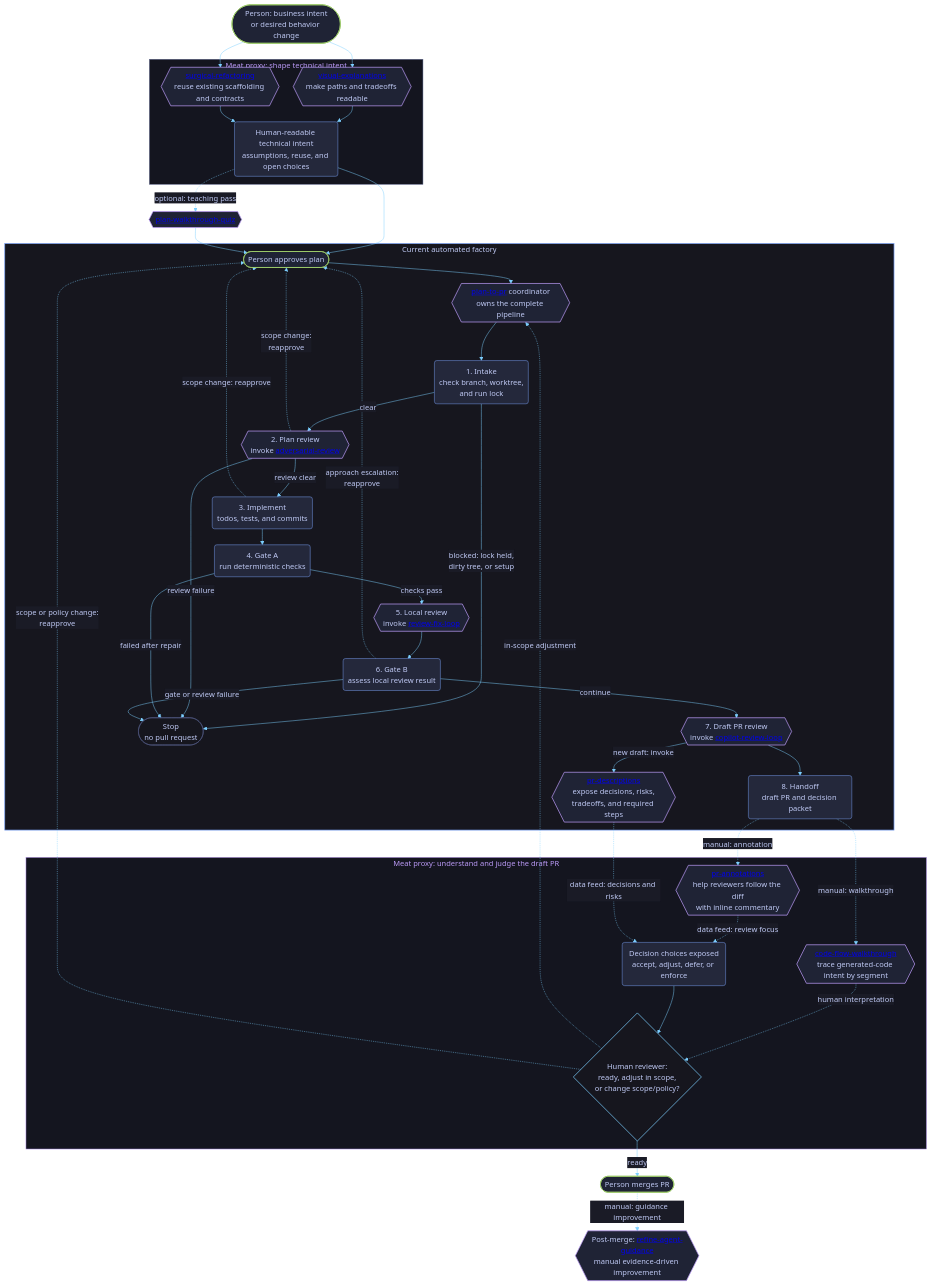
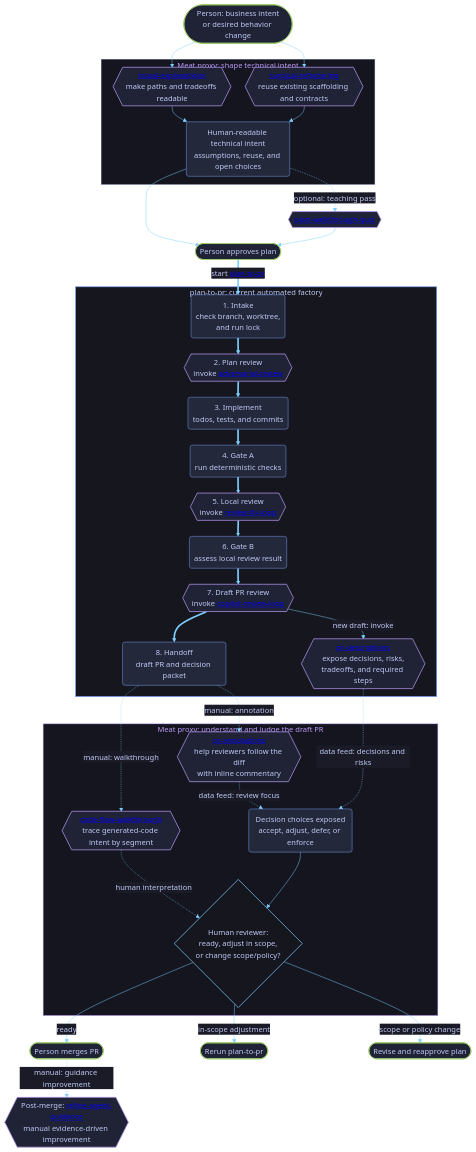
One commit to dvo-dev/copilot-guidance changed the diagram in docs/skill-workflows.md. Above: the diagram before and after it, drawn with Mermaid. The commit also changed other lines of this file, not shown here.

Commit message:
Center plan-to-pr spine in code factory diagram
Make the factory box itself plan-to-pr and draw phases 1 to 8 as one
thick vertical spine under plan approval. Remove the stop node and
the long reapproval back edges that pulled approval into the factory
box. Show reviewer outcomes as end nodes, and describe the stop path
in prose under the diagram.

```diff
--- a/docs/skill-workflows.md
+++ b/docs/skill-workflows.md
@@ -44,8 +44,7 @@
     TECH --> APPROVE(["Person approves plan"])
     WALK --> APPROVE
 
-    subgraph FACTORY["Current automated factory"]
-        PLAN{{"<a href='https://github.com/dvo-dev/copilot-guidance/blob/main/skills/plan-to-pr/SKILL.md'>plan-to-pr</a> coordinator<br/>owns the complete pipeline"}}
+    subgraph FACTORY["plan-to-pr: current automated factory"]
         INTAKE("1. Intake<br/>check branch, worktree,<br/>and run lock")
         REVIEW{{"2. Plan review<br/>invoke <a href='https://github.com/dvo-dev/copilot-guidance/blob/main/docs/skill-workflows/adversarial-review.md'>adversarial-review</a>"}}
         BUILD("3. Implement<br/>todos, tests, and commits")
@@ -54,26 +53,13 @@
         GATEB("6. Gate B<br/>assess local review result")
         PR{{"7. Draft PR review<br/>invoke <a href='https://github.com/dvo-dev/copilot-guidance/blob/main/docs/skill-workflows/copilot-review-loop.md'>copilot-review-loop</a>"}}
         DESC{{"<a href='https://github.com/dvo-dev/copilot-guidance/blob/main/docs/skill-workflows/pr-descriptions.md'>pr-descriptions</a><br/>expose decisions, risks,<br/>tradeoffs, and required steps"}}
-        STOPB(["Stop<br/>no pull request"])
         HANDOFF("8. Handoff<br/>draft PR and decision packet")
 
-        PLAN --> INTAKE
-        INTAKE -->|clear| REVIEW
-        INTAKE -->|blocked: lock held,<br/>dirty tree, or setup| STOPB
-        REVIEW -->|review clear| BUILD
-        REVIEW -->|review failure| STOPB
-        BUILD --> GATEA
-        GATEA -->|checks pass| LOCAL --> GATEB
-        GATEA -->|failed after repair| STOPB
-        GATEB -->|continue| PR --> HANDOFF
-        GATEB -->|gate or review failure| STOPB
-        GATEB -.->|approach escalation:<br/>reapprove| APPROVE
         PR -->|new draft: invoke| DESC
+        INTAKE ==> REVIEW ==> BUILD ==> GATEA ==> LOCAL ==> GATEB ==> PR ==> HANDOFF
     end
 
-    APPROVE --> PLAN
-    REVIEW -.->|scope change:<br/>reapprove| APPROVE
-    BUILD -.->|scope change: reapprove| APPROVE
+    APPROVE ==>|start <a href='https://github.com/dvo-dev/copilot-guidance/blob/main/skills/plan-to-pr/SKILL.md'>plan-to-pr</a>| INTAKE
 
     subgraph REVIEWPR["Meat proxy: understand and judge the draft PR"]
         FLOW{{"<a href='https://github.com/dvo-dev/copilot-guidance/blob/main/docs/skill-workflows/code-flow-walkthrough.md'>code-flow-walkthrough</a><br/>trace generated-code intent by segment"}}
@@ -89,9 +75,9 @@
     DESC -.->|data feed: decisions and risks| CHOICES
     CHOICES --> HUMAN
     HUMAN -->|ready| MERGED(["Person merges PR"])
-    HUMAN -.->|in-scope adjustment| PLAN
-    HUMAN -.->|scope or policy change:<br/>reapprove| APPROVE
     MERGED -.->|manual: guidance improvement| REFINE{{"Post-merge: <a href='https://github.com/dvo-dev/copilot-guidance/blob/main/docs/skill-workflows/refine-agent-guidance.md'>refine-agent-guidance</a><br/>manual evidence-driven improvement"}}
+    HUMAN -->|in-scope adjustment| RERUN(["Rerun plan-to-pr"])
+    HUMAN -->|scope or policy change| REAPPROVE(["Revise and reapprove plan"])
 
     classDef stage fill:#24283b,stroke:#7aa2f7,stroke-width:1px,color:#c0caf5;
     classDef delegated fill:#1f2335,stroke:#bb9af7,stroke-width:1.5px,color:#c0caf5;
@@ -101,10 +87,9 @@
     classDef decision fill:#16161e,stroke:#7dcfff,stroke-width:1.5px,color:#c0caf5;
     classDef optional fill:#16161e,stroke:#565f89,stroke-width:1px,color:#a9b1d6,stroke-dasharray:4 3;
     class TECH,INTAKE,BUILD,GATEA,GATEB,HANDOFF,CHOICES stage;
-    class VISUAL,REUSE,WALK,PLAN,REVIEW,LOCAL,PR,DESC,FLOW,ANNOTATE,REFINE delegated;
-    class NEED,APPROVE,MERGED human;
+    class VISUAL,REUSE,WALK,REVIEW,LOCAL,PR,DESC,FLOW,ANNOTATE,REFINE delegated;
+    class NEED,APPROVE,MERGED,RERUN,REAPPROVE human;
     class HUMAN decision;
-    class STOPB terminal;
 
     style SHAPE fill:#14151f,stroke:#565f89,stroke-width:1px,color:#bb9af7;
     style FACTORY fill:#16161e,stroke:#7aa2f7,stroke-width:1.5px,color:#c0caf5;
```
